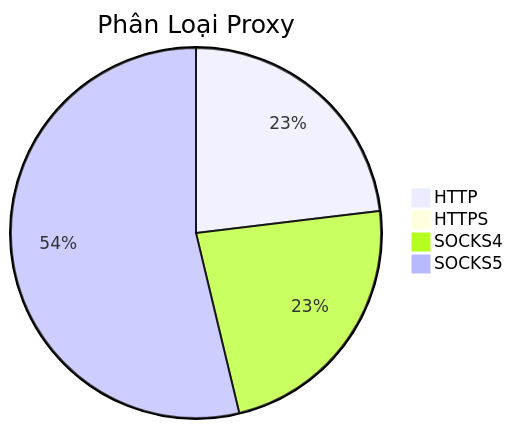
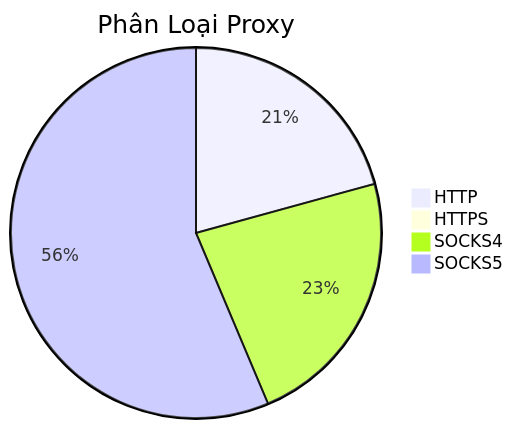
The diagram in README.md (Ciara-Aa/PROXY-free), drawn with Mermaid before and after one commit. The commit also changed other lines of this file and 4 other files, not shown here.

````diff
--- a/README.md
+++ b/README.md
@@ -26,7 +26,7 @@
 ```mermaid
 pie title Phân Loại Proxy
-    "HTTP" : 403
-    "HTTPS" : 6
-    "SOCKS4" : 404
-    "SOCKS5" : 938
+    "HTTP" : 274
+    "HTTPS" : 3
+    "SOCKS4" : 303
+    "SOCKS5" : 745
 ```
````
